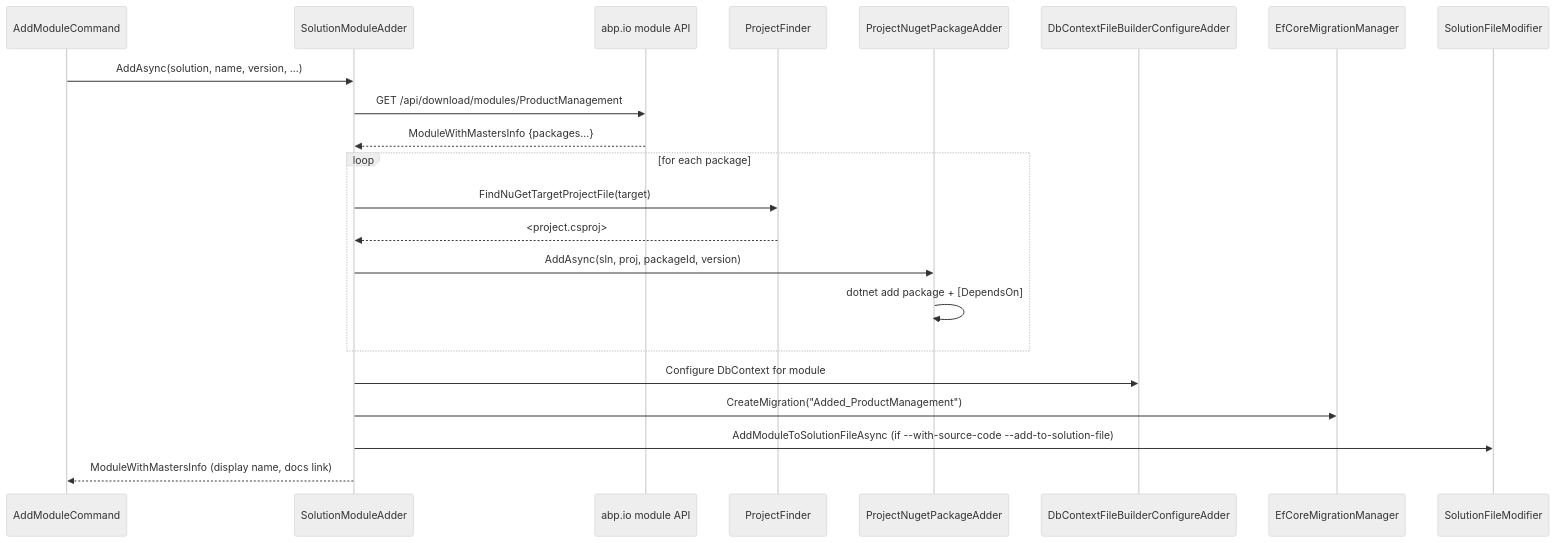
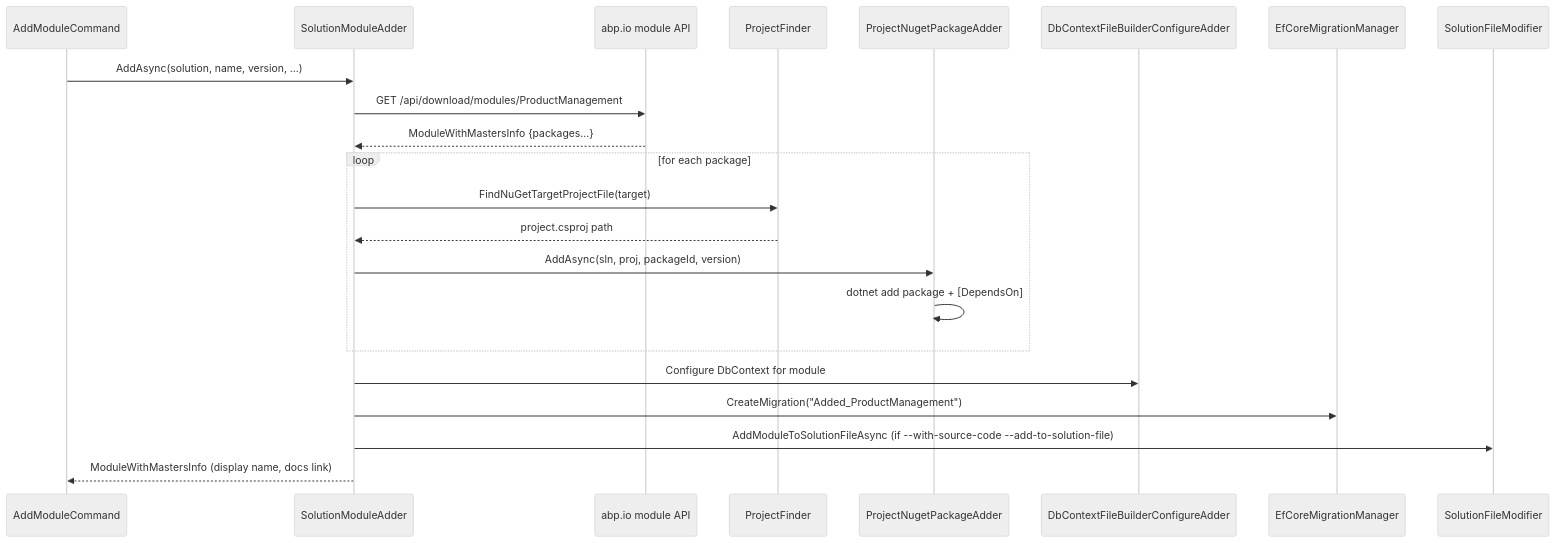
One commit to mintlify-atlas/docs-wiki-0eeeba91 changed the second of 2 diagrams in cli/project-modification.mdx. Above: the diagram before and after it, drawn with Mermaid (neutral theme). The commit also changed other lines of this file and 89 other files, not shown here.

````diff
--- a/cli/project-modification.mdx
+++ b/cli/project-modification.mdx
@@ -556,25 +556,25 @@
 ```mermaid
 sequenceDiagram
     participant Cmd as AddModuleCommand
     participant SMA as SolutionModuleAdder
     participant API as abp.io module API
     participant PF as ProjectFinder
     participant PNA as ProjectNugetPackageAdder
     participant DCA as DbContextFileBuilderConfigureAdder
     participant EFM as EfCoreMigrationManager
     participant SFM as SolutionFileModifier
 
     Cmd->>SMA: AddAsync(solution, name, version, ...)
     SMA->>API: GET /api/download/modules/ProductManagement
     API-->>SMA: ModuleWithMastersInfo {packages...}
     loop for each package
         SMA->>PF: FindNuGetTargetProjectFile(target)
-        PF-->>SMA: <project.csproj>
+        PF-->>SMA: project.csproj path
         SMA->>PNA: AddAsync(sln, proj, packageId, version)
         PNA->>PNA: dotnet add package + [DependsOn]
     end
     SMA->>DCA: Configure DbContext for module
     SMA->>EFM: CreateMigration("Added_ProductManagement")
     SMA->>SFM: AddModuleToSolutionFileAsync (if --with-source-code --add-to-solution-file)
     SMA-->>Cmd: ModuleWithMastersInfo (display name, docs link)
 ```
````
